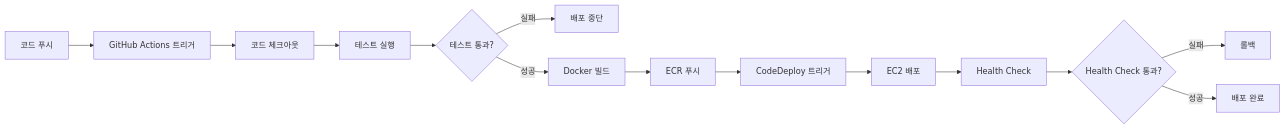
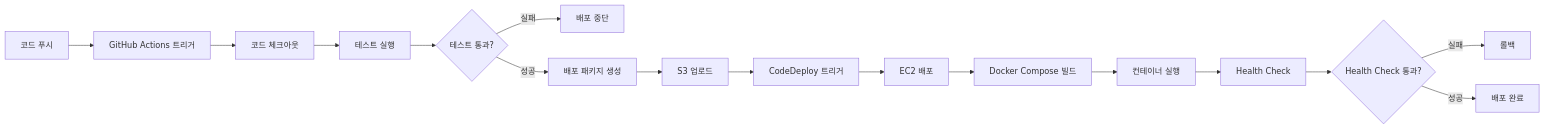
One commit to EchoShotX/EchoShotX-ai changed the diagram in docs/deployment/cicd-guide.md. Above: the diagram before and after it, drawn with Mermaid. The commit also changed other lines of this file and 7 other files, not shown here.

Commit message:
chore: add docker compose scripts #13

````diff
--- a/docs/deployment/cicd-guide.md
+++ b/docs/deployment/cicd-guide.md
@@ -9,16 +9,18 @@
 ```mermaid
 graph LR
     A[코드 푸시] --> B[GitHub Actions 트리거]
     B --> C[코드 체크아웃]
     C --> D[테스트 실행]
     D --> E{테스트 통과?}
     E -->|실패| F[배포 중단]
-    E -->|성공| G[Docker 빌드]
-    G --> H[ECR 푸시]
+    E -->|성공| G[배포 패키지 생성]
+    G --> H[S3 업로드]
     H --> I[CodeDeploy 트리거]
     I --> J[EC2 배포]
-    J --> K[Health Check]
-    K --> L{Health Check 통과?}
-    L -->|실패| M[롤백]
-    L -->|성공| N[배포 완료]
+    J --> K[Docker Compose 빌드]
+    K --> L[컨테이너 실행]
+    L --> M[Health Check]
+    M --> N{Health Check 통과?}
+    N -->|실패| O[롤백]
+    N -->|성공| P[배포 완료]
 ```
````
